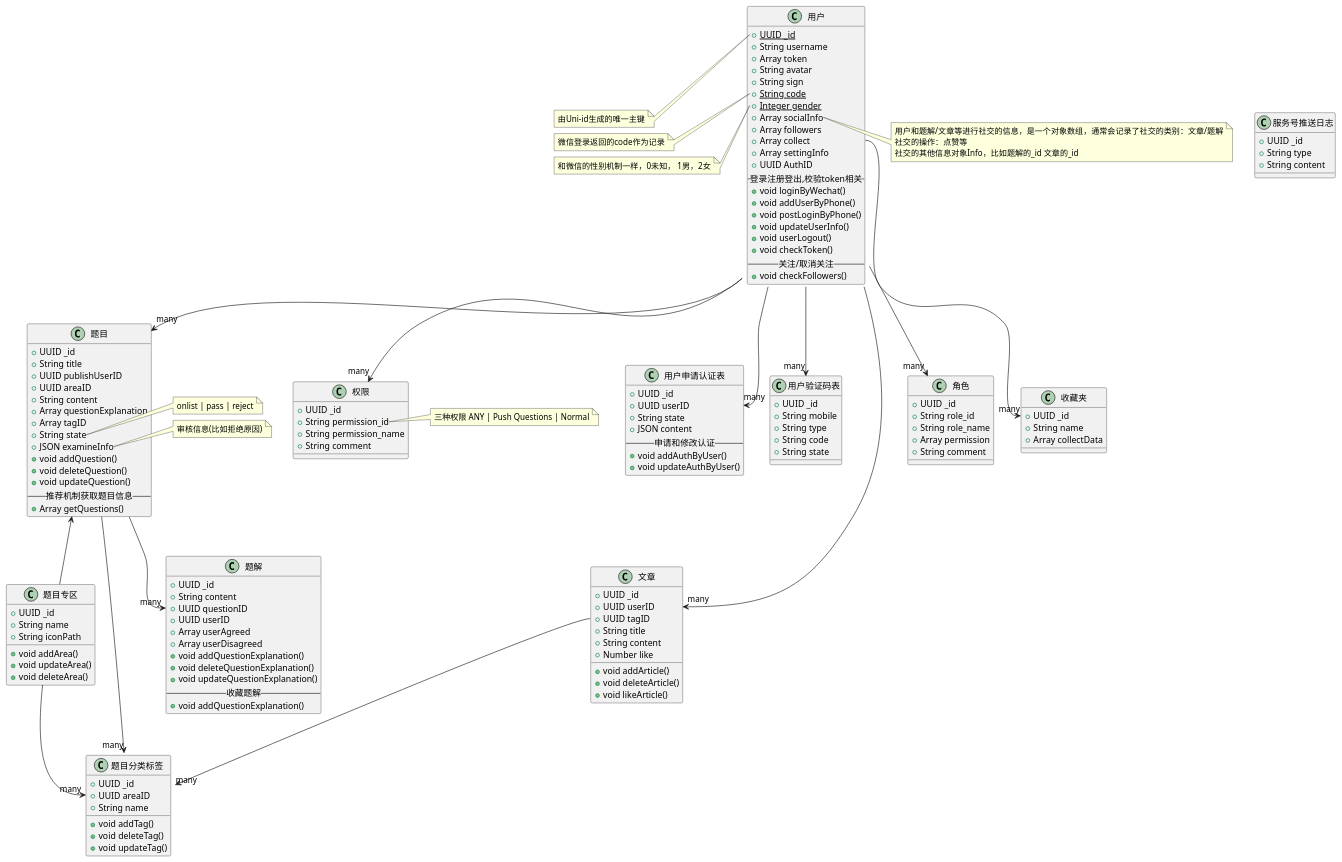
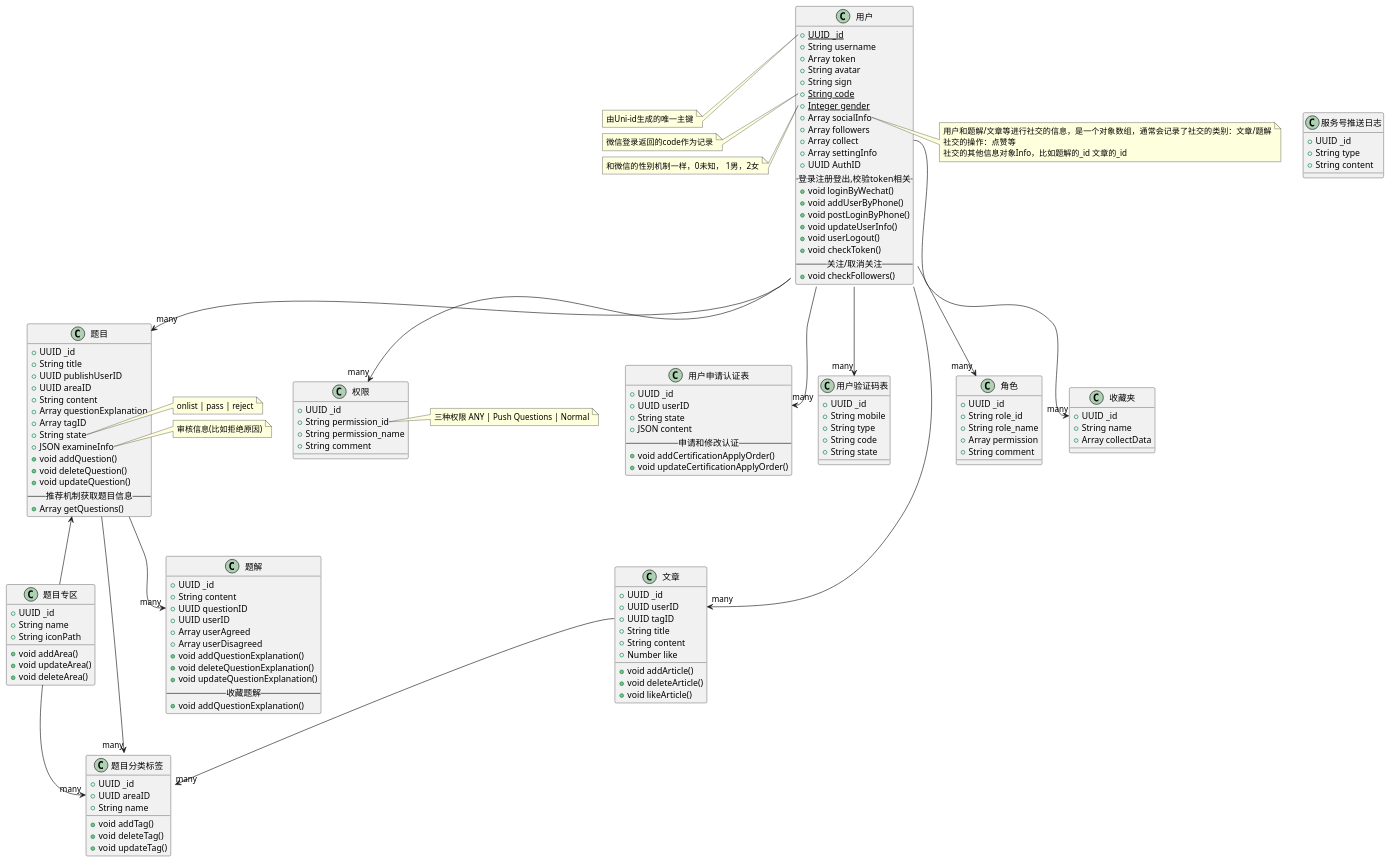
Before and after one commit to swordjs/app: the diagram in doc/db/core.puml, drawn with PlantUML.

Commit message:
[doc]修改提交认证申请的类图

```diff
--- a/doc/db/core.puml
+++ b/doc/db/core.puml
@@ -1,161 +1,161 @@
 @startuml
 class 用户 {
     {static} +UUID _id
     +String username
     +Array token
     +String avatar
     +String sign
     {static} +String code
     {static} +Integer gender
     +Array socialInfo
     +Array followers
     +Array collect
     +Array settingInfo
     +UUID AuthID
     --登录注册登出,校验token相关--
     +void loginByWechat()
     +void addUserByPhone()
     +void postLoginByPhone()
     +void updateUserInfo()
     +void userLogout()
     +void checkToken()
     --关注/取消关注--
     +void checkFollowers()
 }
 class 收藏夹 {
     +UUID _id
     +String name
     +Array collectData
 }
 class 用户申请认证表{
     +UUID _id
     +UUID userID
     +String state
     +JSON content
     --申请和修改认证--
-    +void addAuthByUser()
-    +void updateAuthByUser()
+    +void addCertificationApplyOrder()
+    +void updateCertificationApplyOrder()
 }
 class 用户验证码表{
     +UUID _id
     +String mobile
     +String type
     +String code
     +String state
 }
 class 题目专区 {
     +UUID _id
     +String name
     +String iconPath
     +void addArea()
     +void updateArea()
     +void deleteArea()
 }
 class 题目分类标签{
     +UUID _id
     +UUID areaID
     +String name
     +void addTag()
     +void deleteTag()
     +void updateTag()
 }
 class 题目 {
     +UUID _id
     +String title
     +UUID publishUserID
     +UUID areaID
     +String content
     +Array questionExplanation
     +Array tagID
     +String state
     +JSON examineInfo
     +void addQuestion()
     +void deleteQuestion()
     +void updateQuestion()
     --推荐机制获取题目信息--
     +Array getQuestions()
 }
 class 题解{
     +UUID _id
     +String content
     +UUID questionID
     +UUID userID
     +Array userAgreed
     +Array userDisagreed
     +void addQuestionExplanation()
     +void deleteQuestionExplanation()
     +void updateQuestionExplanation()
     --收藏题解--
     +void addQuestionExplanation()
 }
 
 
 class 文章{
     +UUID _id
     +UUID userID
     +UUID tagID
     +String title
     +String content
     +Number like
     +void addArticle()
     +void deleteArticle()
     +void likeArticle()
 }
 
 class 角色{
     +UUID _id
     +String role_id
     +String role_name
     +Array permission
     +String comment
 }
 class 权限{
     +UUID _id
     +String permission_id
     +String permission_name
     +String comment
 }
 
 
 class 服务号推送日志{
     +UUID _id
     +String type
     +String content
 }
 
 题目专区 --> "many" 题目分类标签::areaID
 用户 --> "many" 题目
 用户 --> "many" 用户申请认证表::userID
 用户 --> "many" 文章::userID
 用户 --> "many" 角色
 用户 --> "many" 用户验证码表
 用户::collect --> "many" 收藏夹::_id
 用户 --> "many" 权限
 文章::tagID --> "many" 题目分类标签
 题目 --> "many" 题目分类标签
 题目 <-- 题目专区
 题目 --> "many" 题解::questionID
 note left of 用户::_id
 由Uni-id生成的唯一主键
 end note
 note right of 用户::socialInfo
 用户和题解/文章等进行社交的信息，是一个对象数组，通常会记录了社交的类别：文章/题解
 社交的操作：点赞等
 社交的其他信息对象Info，比如题解的_id 文章的_id
 end note
 note left of 用户::code
 微信登录返回的code作为记录
 end note
 note left of 用户::gender
 和微信的性别机制一样，0未知， 1男，2女
 end note
 note right of 题目::state
 onlist | pass | reject
 end note
 note right of 题目::examineInfo
 审核信息(比如拒绝原因)
 end note
 note right of 权限::permission_id
 三种权限 ANY | Push Questions | Normal
 end note
 @enduml
```
